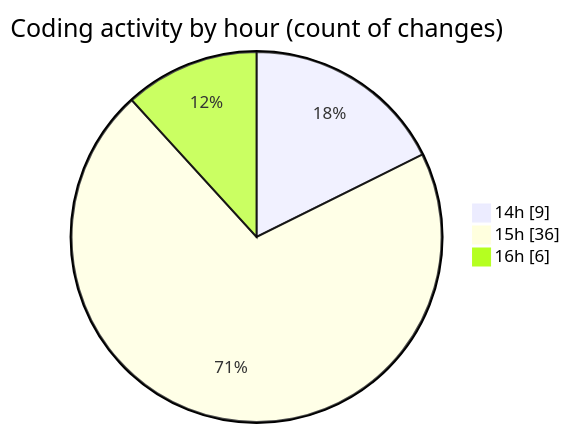
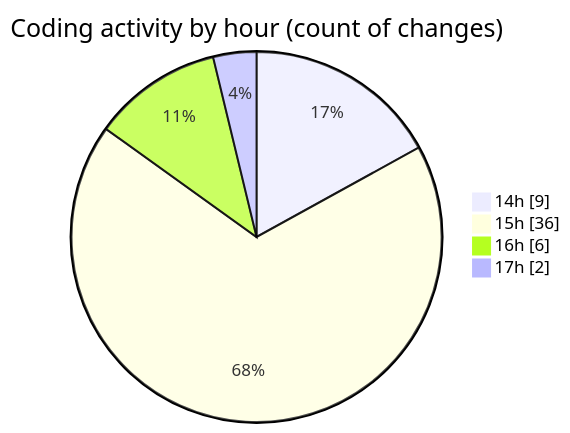
The second of 2 diagrams in 2025-06-17/projects/README.md (Ritupan-Deka/code-tracking), drawn with Mermaid before and after one commit. The commit also changed other lines of this file and 1 other file, not shown here.

````diff
--- a/2025-06-17/projects/README.md
+++ b/2025-06-17/projects/README.md
@@ -29,7 +29,8 @@
 ```mermaid
 pie showData
 title Coding activity by hour (count of changes)
 "14h" : 9
 "15h" : 36
 "16h" : 6
+"17h" : 2
 ```
````
